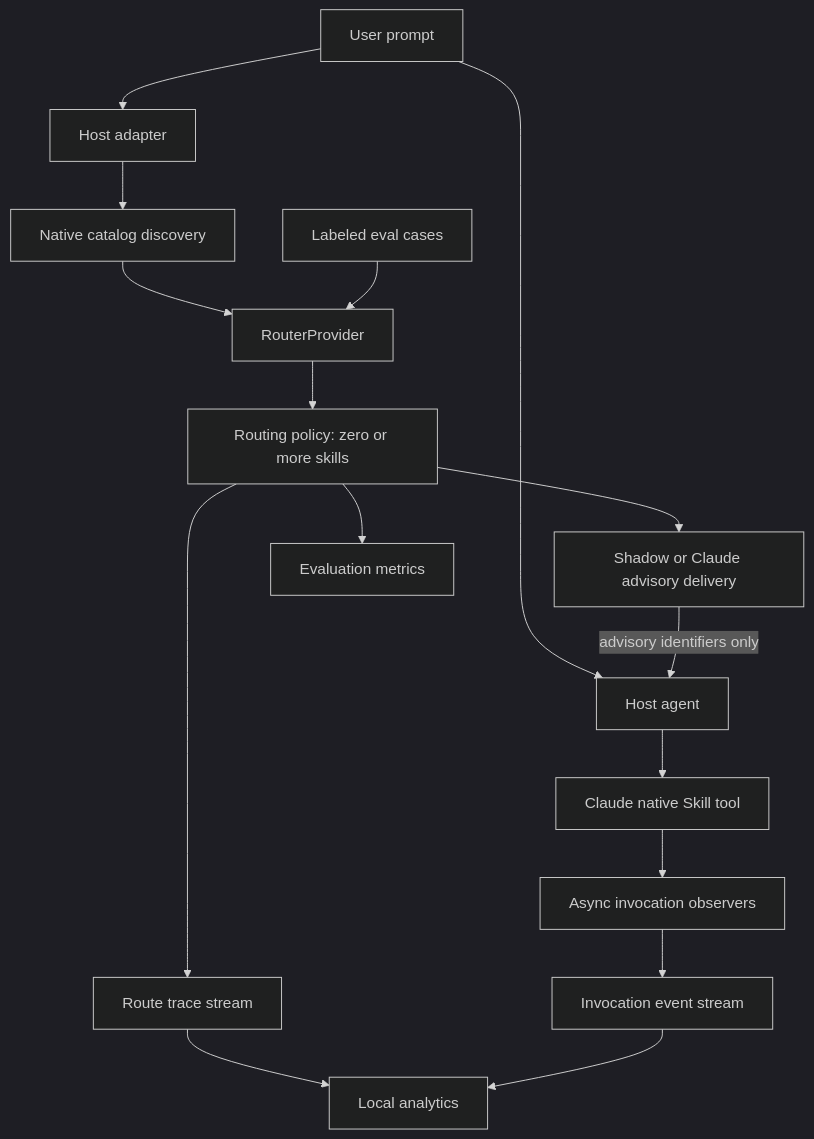
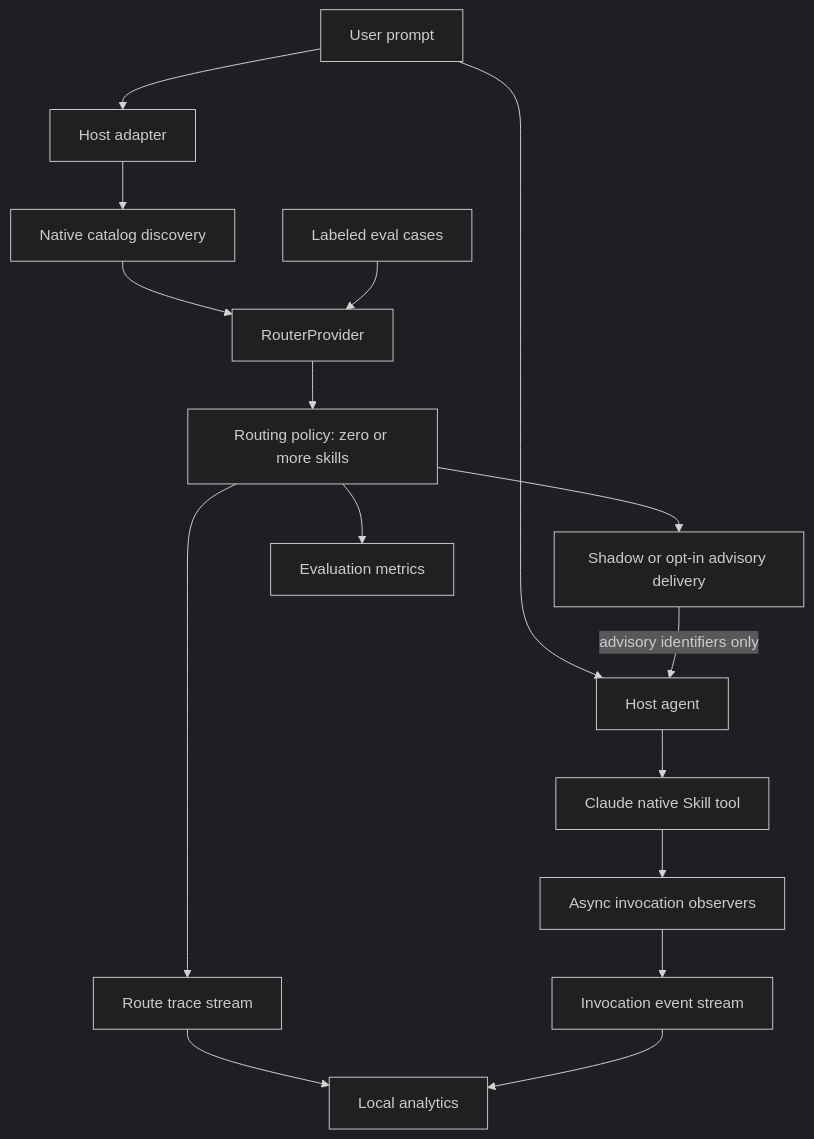
Before and after one commit to maromocooo/SkillDispatch: the diagram in docs/ARCHITECTURE.md, drawn with Mermaid (dark theme). The commit also changed other lines of this file and 15 other files, not shown here.

````diff
--- a/docs/ARCHITECTURE.md
+++ b/docs/ARCHITECTURE.md
@@ -9,18 +9,18 @@
 ```mermaid
 flowchart TD
   P[User prompt] --> H[Host adapter]
   H --> C[Native catalog discovery]
   C --> V[RouterProvider]
   V --> R[Routing policy: zero or more skills]
-  R --> D[Shadow or Claude advisory delivery]
+  R --> D[Shadow or opt-in advisory delivery]
   P --> A[Host agent]
   D -->|advisory identifiers only| A
   R --> T[Route trace stream]
   A --> S[Claude native Skill tool]
   S --> O[Async invocation observers]
   O --> I[Invocation event stream]
   T --> L[Local analytics]
   I --> L
   E[Labeled eval cases] --> V
   R --> M[Evaluation metrics]
 ```
````
